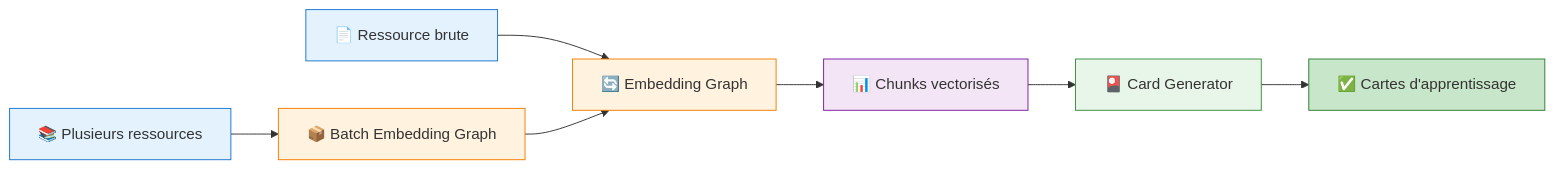
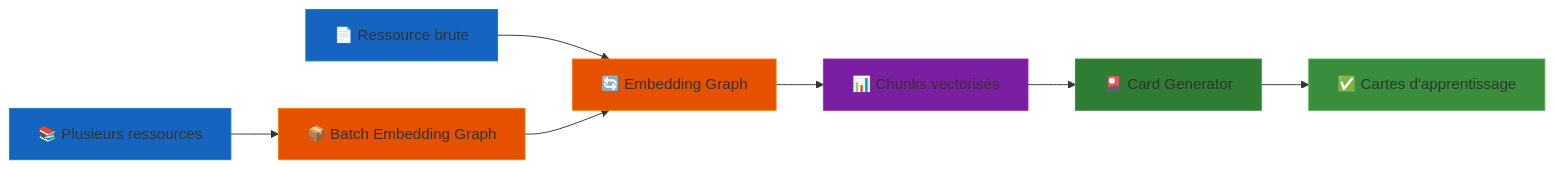
The second of 3 diagrams in src/content/docs/architecture/service-ia.mdx (mindlet-app/docs), drawn with Mermaid before and after one commit. The commit also changed other lines of this file and 17 other files, not shown here.

First line of the commit message:
feat: Update Mermaid diagrams and enhance documentation clarity

````diff
--- a/src/content/docs/architecture/service-ia.mdx
+++ b/src/content/docs/architecture/service-ia.mdx
@@ -123,18 +123,18 @@
 ```mermaid
 flowchart LR
     A["📄 Ressource brute"] --> B["🔄 Embedding Graph"]
     B --> C["📊 Chunks vectorisés"]
     C --> D["🎴 Card Generator"]
     D --> E["✅ Cartes d'apprentissage"]
     
     F["📚 Plusieurs ressources"] --> G["📦 Batch Embedding Graph"]
     G --> B
     
-    style A fill:#e3f2fd,stroke:#1976d2
-    style B fill:#fff3e0,stroke:#f57c00
-    style C fill:#f3e5f5,stroke:#7b1fa2
-    style D fill:#e8f5e9,stroke:#388e3c
-    style E fill:#c8e6c9,stroke:#2e7d32
-    style F fill:#e3f2fd,stroke:#1976d2
-    style G fill:#fff3e0,stroke:#f57c00
+    style A fill:#1565c0,stroke:#1976d2
+    style B fill:#e65100,stroke:#f57c00
+    style C fill:#7b1fa2,stroke:#9c27b0
+    style D fill:#2e7d32,stroke:#388e3c
+    style E fill:#388e3c,stroke:#4caf50
+    style F fill:#1565c0,stroke:#1976d2
+    style G fill:#e65100,stroke:#f57c00
 ```
````
